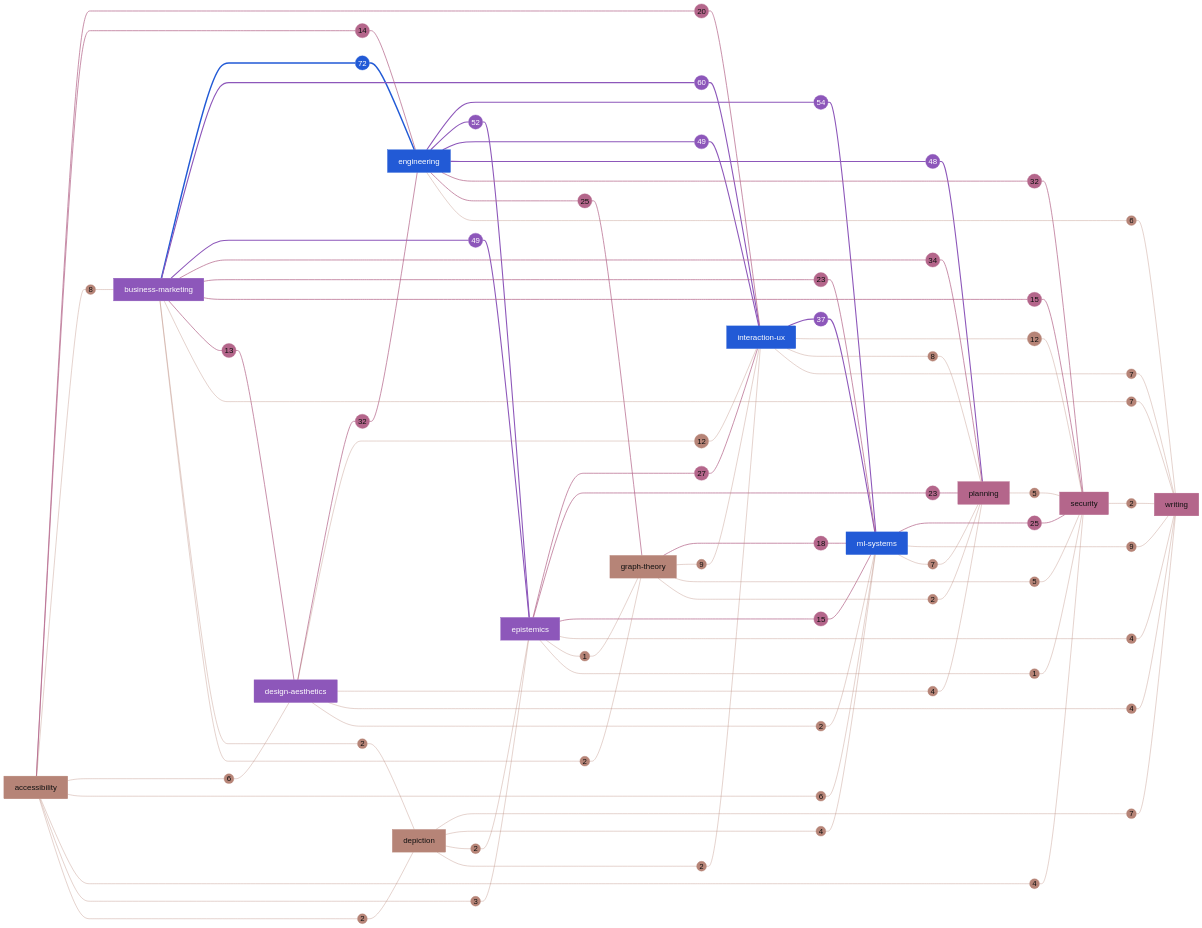
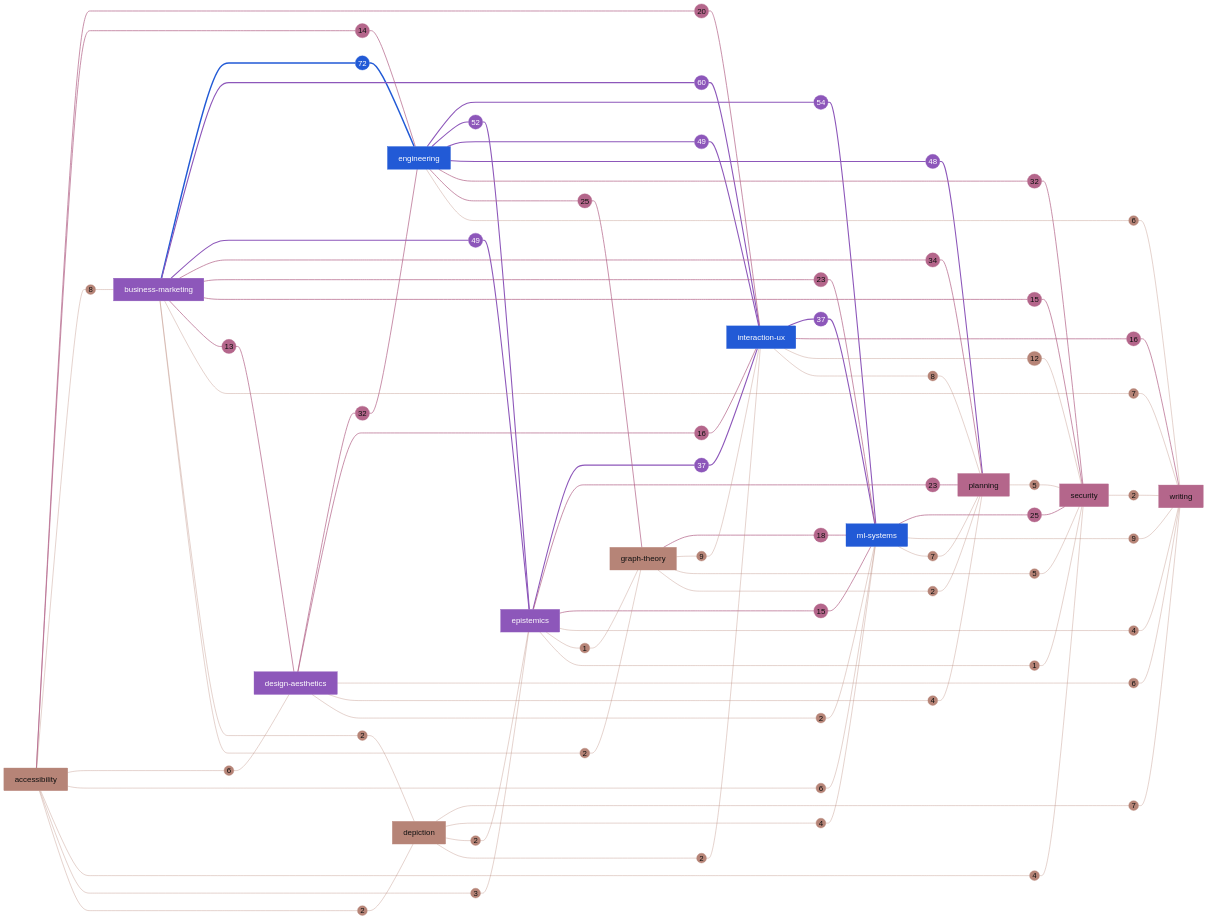
The first of 2 diagrams in GRAPH.md (darce/heuristics-canon), drawn with Mermaid before and after one commit. The commit also changed other lines of this file and 9 other files, not shown here.

````diff
--- a/GRAPH.md
+++ b/GRAPH.md
@@ -50,6 +50,8 @@
   W_engineering__interaction_ux --- interaction_ux
   engineering --- W_engineering__planning((48))
   W_engineering__planning --- planning
+  epistemics --- W_epistemics__interaction_ux((37))
+  W_epistemics__interaction_ux --- interaction_ux
   interaction_ux --- W_interaction_ux__ml_systems((37))
   W_interaction_ux__ml_systems --- ml_systems
   business_marketing --- W_business_marketing__planning((34))
@@ -58,8 +60,6 @@
   W_design_aesthetics__engineering --- engineering
   engineering --- W_engineering__security((32))
   W_engineering__security --- security
-  epistemics --- W_epistemics__interaction_ux((27))
-  W_epistemics__interaction_ux --- interaction_ux
   engineering --- W_engineering__graph_theory((25))
   W_engineering__graph_theory --- graph_theory
   ml_systems --- W_ml_systems__security((25))
@@ -72,6 +72,10 @@
   W_accessibility__interaction_ux --- interaction_ux
   graph_theory --- W_graph_theory__ml_systems((18))
   W_graph_theory__ml_systems --- ml_systems
+  design_aesthetics --- W_design_aesthetics__interaction_ux((16))
+  W_design_aesthetics__interaction_ux --- interaction_ux
+  interaction_ux --- W_interaction_ux__writing((16))
+  W_interaction_ux__writing --- writing
   business_marketing --- W_business_marketing__security((15))
   W_business_marketing__security --- security
   epistemics --- W_epistemics__ml_systems((15))
@@ -80,8 +84,6 @@
   W_accessibility__engineering --- engineering
   business_marketing --- W_business_marketing__design_aesthetics((13))
   W_business_marketing__design_aesthetics --- design_aesthetics
-  design_aesthetics --- W_design_aesthetics__interaction_ux((12))
-  W_design_aesthetics__interaction_ux --- interaction_ux
   interaction_ux --- W_interaction_ux__security((12))
   W_interaction_ux__security --- security
   graph_theory --- W_graph_theory__interaction_ux((9))
@@ -96,14 +98,14 @@
   W_business_marketing__writing --- writing
   depiction --- W_depiction__writing((7))
   W_depiction__writing --- writing
-  interaction_ux --- W_interaction_ux__writing((7))
-  W_interaction_ux__writing --- writing
   ml_systems --- W_ml_systems__planning((7))
   W_ml_systems__planning --- planning
   accessibility --- W_accessibility__design_aesthetics((6))
   W_accessibility__design_aesthetics --- design_aesthetics
   accessibility --- W_accessibility__ml_systems((6))
   W_accessibility__ml_systems --- ml_systems
+  design_aesthetics --- W_design_aesthetics__writing((6))
+  W_design_aesthetics__writing --- writing
   engineering --- W_engineering__writing((6))
   W_engineering__writing --- writing
   graph_theory --- W_graph_theory__security((5))
@@ -116,8 +118,6 @@
   W_depiction__ml_systems --- ml_systems
   design_aesthetics --- W_design_aesthetics__planning((4))
   W_design_aesthetics__planning --- planning
-  design_aesthetics --- W_design_aesthetics__writing((4))
-  W_design_aesthetics__writing --- writing
   epistemics --- W_epistemics__writing((4))
   W_epistemics__writing --- writing
   accessibility --- W_accessibility__epistemics((3))
@@ -146,12 +146,12 @@
   classDef seq_1 fill:#B4668B,color:#111111,stroke:#B4668B
   classDef seq_2 fill:#8D57BA,color:#FFFFFF,stroke:#8D57BA
   classDef seq_3 fill:#225AD6,color:#FFFFFF,stroke:#225AD6
-  class accessibility,depiction,graph_theory,W_design_aesthetics__interaction_ux,W_interaction_ux__security,W_graph_theory__interaction_ux,W_ml_systems__writing,W_accessibility__business_marketing,W_interaction_ux__planning,W_business_marketing__writing,W_depiction__writing,W_interaction_ux__writing,W_ml_systems__planning,W_accessibility__design_aesthetics,W_accessibility__ml_systems,W_engineering__writing,W_graph_theory__security,W_planning__security,W_accessibility__security,W_depiction__ml_systems,W_design_aesthetics__planning,W_design_aesthetics__writing,W_epistemics__writing,W_accessibility__epistemics,W_accessibility__depiction,W_business_marketing__depiction,W_business_marketing__graph_theory,W_depiction__epistemics,W_depiction__interaction_ux,W_design_aesthetics__ml_systems,W_graph_theory__planning,W_security__writing,W_epistemics__graph_theory,W_epistemics__security seq_0
-  class planning,security,writing,W_business_marketing__planning,W_design_aesthetics__engineering,W_engineering__security,W_epistemics__interaction_ux,W_engineering__graph_theory,W_ml_systems__security,W_business_marketing__ml_systems,W_epistemics__planning,W_accessibility__interaction_ux,W_graph_theory__ml_systems,W_business_marketing__security,W_epistemics__ml_systems,W_accessibility__engineering,W_business_marketing__design_aesthetics seq_1
-  class business_marketing,design_aesthetics,epistemics,W_business_marketing__interaction_ux,W_engineering__ml_systems,W_engineering__epistemics,W_business_marketing__epistemics,W_engineering__interaction_ux,W_engineering__planning,W_interaction_ux__ml_systems seq_2
+  class accessibility,depiction,graph_theory,W_interaction_ux__security,W_graph_theory__interaction_ux,W_ml_systems__writing,W_accessibility__business_marketing,W_interaction_ux__planning,W_business_marketing__writing,W_depiction__writing,W_ml_systems__planning,W_accessibility__design_aesthetics,W_accessibility__ml_systems,W_design_aesthetics__writing,W_engineering__writing,W_graph_theory__security,W_planning__security,W_accessibility__security,W_depiction__ml_systems,W_design_aesthetics__planning,W_epistemics__writing,W_accessibility__epistemics,W_accessibility__depiction,W_business_marketing__depiction,W_business_marketing__graph_theory,W_depiction__epistemics,W_depiction__interaction_ux,W_design_aesthetics__ml_systems,W_graph_theory__planning,W_security__writing,W_epistemics__graph_theory,W_epistemics__security seq_0
+  class planning,security,writing,W_business_marketing__planning,W_design_aesthetics__engineering,W_engineering__security,W_engineering__graph_theory,W_ml_systems__security,W_business_marketing__ml_systems,W_epistemics__planning,W_accessibility__interaction_ux,W_graph_theory__ml_systems,W_design_aesthetics__interaction_ux,W_interaction_ux__writing,W_business_marketing__security,W_epistemics__ml_systems,W_accessibility__engineering,W_business_marketing__design_aesthetics seq_1
+  class business_marketing,design_aesthetics,epistemics,W_business_marketing__interaction_ux,W_engineering__ml_systems,W_engineering__epistemics,W_business_marketing__epistemics,W_engineering__interaction_ux,W_engineering__planning,W_epistemics__interaction_ux,W_interaction_ux__ml_systems seq_2
   class engineering,interaction_ux,ml_systems,W_business_marketing__engineering seq_3
   linkStyle 0,1 stroke:#225AD6,stroke-width:4px
-  linkStyle 2,3,4,5,6,7,8,9,10,11,12,13,14,15 stroke:#8D57BA,stroke-width:3px
-  linkStyle 16,17,18,19,20,21,22,23,24,25,26,27,28,29,30,31,32,33,34,35,36,37,38,39,40,41,42,43 stroke:#B4668B,stroke-width:2px
-  linkStyle 44,45,46,47,48,49,50,51,52,53,54,55,56,57,58,59,60,61,62,63,64,65,66,67,68,69,70,71,72,73,74,75,76,77,78,79,80,81,82,83,84,85,86,87,88,89,90,91,92,93,94,95,96,97,98,99,100,101,102,103,104,105 stroke:#B68477,stroke-width:1px
+  linkStyle 2,3,4,5,6,7,8,9,10,11,12,13,14,15,16,17 stroke:#8D57BA,stroke-width:3px
+  linkStyle 18,19,20,21,22,23,24,25,26,27,28,29,30,31,32,33,34,35,36,37,38,39,40,41,42,43,44,45,46,47 stroke:#B4668B,stroke-width:2px
+  linkStyle 48,49,50,51,52,53,54,55,56,57,58,59,60,61,62,63,64,65,66,67,68,69,70,71,72,73,74,75,76,77,78,79,80,81,82,83,84,85,86,87,88,89,90,91,92,93,94,95,96,97,98,99,100,101,102,103,104,105 stroke:#B68477,stroke-width:1px
 ```
````
